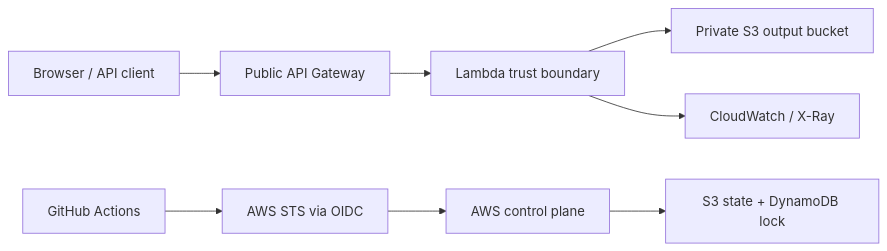
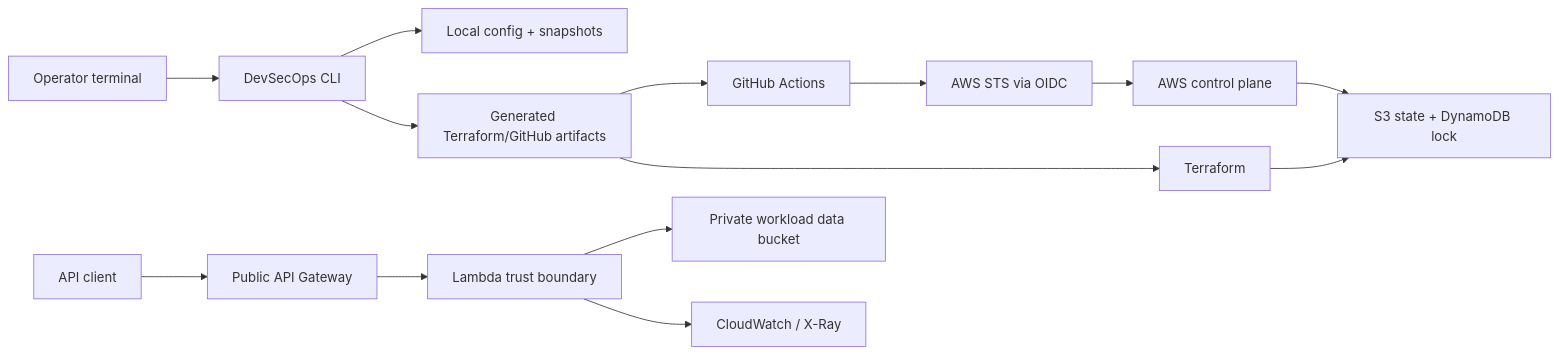
Before and after one commit to tidyOpposite/devsecops-serverless-aws-lambda: the diagram in docs/security-model.md, drawn with Mermaid. The commit also changed other lines of this file and 33 other files, not shown here.

Commit message:
Make DevSecOps kit CLI-first

````diff
--- a/docs/security-model.md
+++ b/docs/security-model.md
@@ -21,10 +25,16 @@
 ```mermaid
 flowchart LR
-  user["Browser / API client"] --> api["Public API Gateway"]
+  operator["Operator terminal"] --> cli["DevSecOps CLI"]
+  cli --> localConfig["Local config + snapshots"]
+  cli --> generated["Generated Terraform/GitHub artifacts"]
+  generated --> github["GitHub Actions"]
+  generated --> terraform["Terraform"]
+  user["API client"] --> api["Public API Gateway"]
   api --> lambda["Lambda trust boundary"]
-  lambda --> s3["Private S3 output bucket"]
+  lambda --> s3["Private workload data bucket"]
   lambda --> logs["CloudWatch / X-Ray"]
-  github["GitHub Actions"] --> oidc["AWS STS via OIDC"]
+  github --> oidc["AWS STS via OIDC"]
+  terraform --> state["S3 state + DynamoDB lock"]
   oidc --> aws["AWS control plane"]
-  aws --> state["S3 state + DynamoDB lock"]
+  aws --> state
 ```
````
